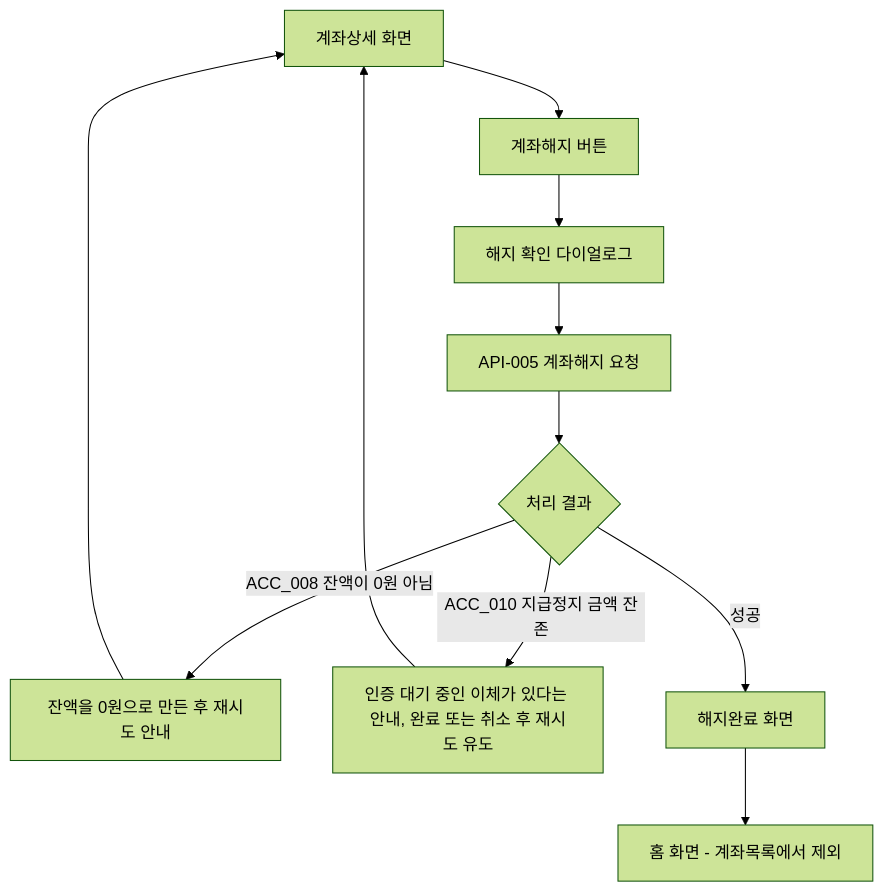
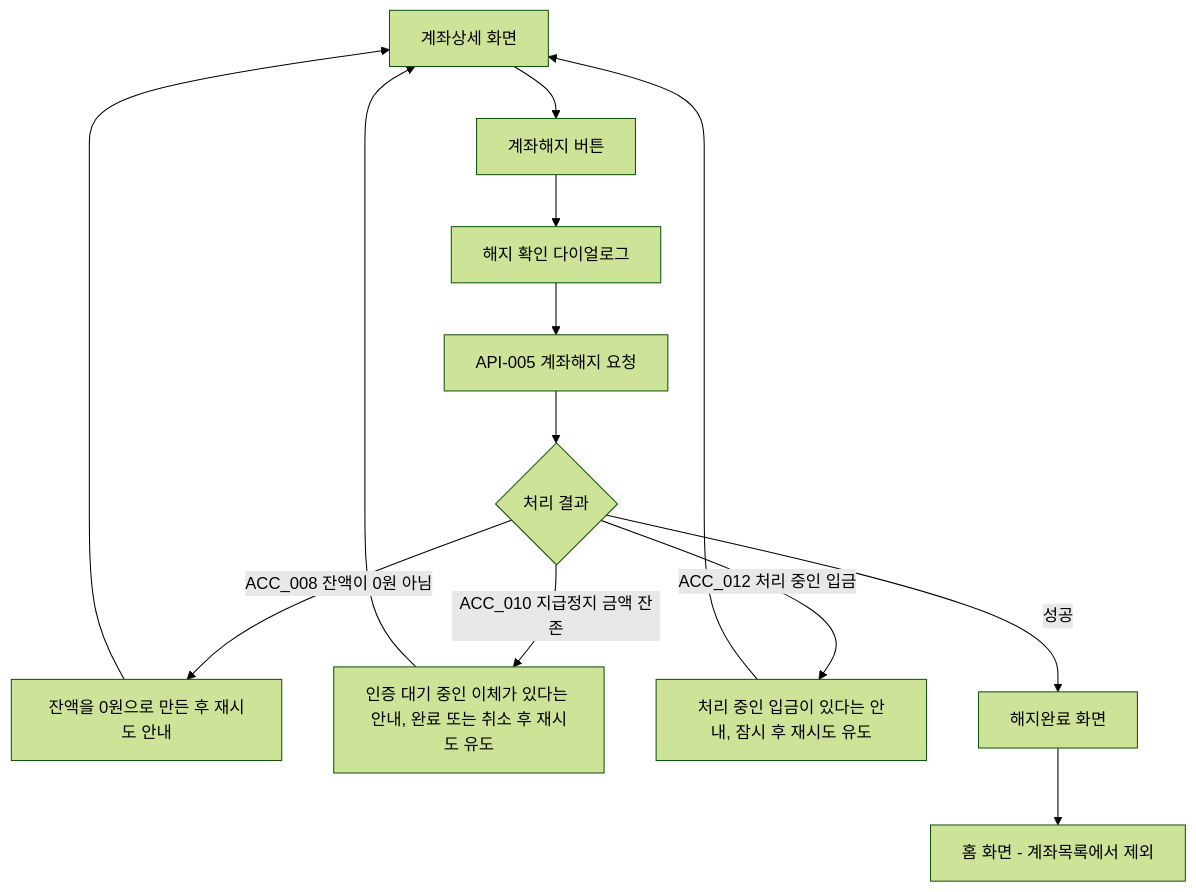
One commit to JaeHyun10-03/J-Bank changed the seventh of 7 diagrams in docs/04_J-Bank_화면플로우차트.md. Above: the diagram before and after it, drawn with Mermaid (forest theme). The commit also changed 7 other files, not shown here.

First line of the commit message:
feat(account): 처리 중인 입금이 있으면 계좌 해지 거절

````diff
--- a/docs/04_J-Bank_화면플로우차트.md
+++ b/docs/04_J-Bank_화면플로우차트.md
@@ -224,11 +224,12 @@
 ```mermaid
 flowchart TD
     AccountDetail["계좌상세 화면"] --> CloseBtn["계좌해지 버튼"]
     CloseBtn --> CloseConfirm["해지 확인 다이얼로그"]
     CloseConfirm --> SubmitClose["API-005 계좌해지 요청"]
     SubmitClose --> CloseResult{"처리 결과"}
     CloseResult -- "ACC_008 잔액이 0원 아님" --> BalanceError["잔액을 0원으로 만든 후 재시도 안내"] --> AccountDetail
     CloseResult -- "ACC_010 지급정지 금액 잔존" --> HoldError["인증 대기 중인 이체가 있다는 안내, 완료 또는 취소 후 재시도 유도"] --> AccountDetail
+    CloseResult -- "ACC_012 처리 중인 입금" --> PendingCreditError["처리 중인 입금이 있다는 안내, 잠시 후 재시도 유도"] --> AccountDetail
     CloseResult -- 성공 --> CloseComplete["해지완료 화면"]
     CloseComplete --> Home["홈 화면 - 계좌목록에서 제외"]
 ```
````
